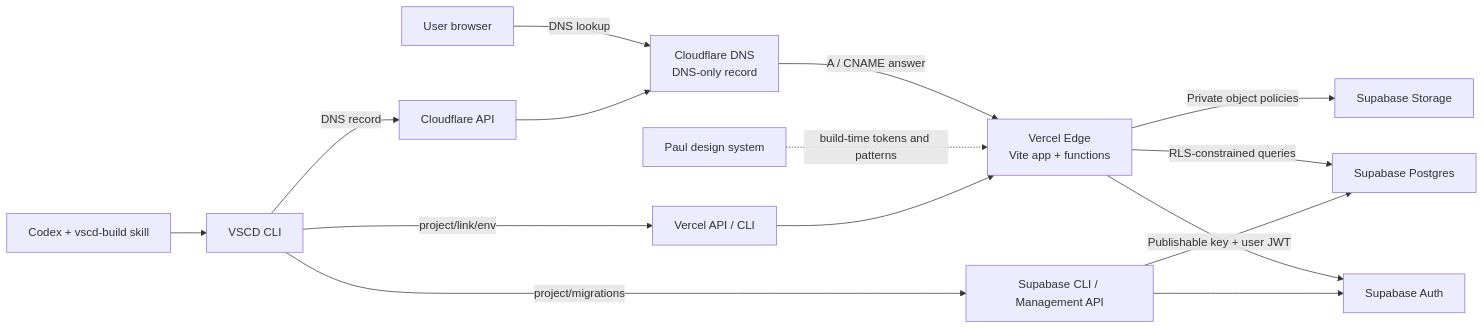
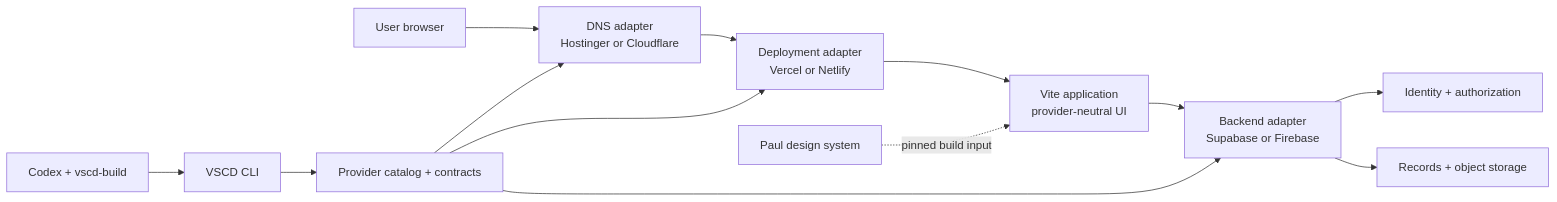
Before and after one commit to moriatz-labs/ribbon: the first of 2 diagrams in docs/architecture.md, drawn with Mermaid. The commit also changed other lines of this file and 59 other files, not shown here.

Commit message:
feat: compose VSCD provider capabilities

````diff
--- a/docs/architecture.md
+++ b/docs/architecture.md
@@ -11,18 +11,16 @@
 ```mermaid
 flowchart LR
-    U["User browser"] -->|"DNS lookup"| CF["Cloudflare DNS\nDNS-only record"]
-    CF -->|"A / CNAME answer"| VE["Vercel Edge\nVite app + functions"]
-    VE -->|"Publishable key + user JWT"| SA["Supabase Auth"]
-    VE -->|"RLS-constrained queries"| DB["Supabase Postgres"]
-    VE -->|"Private object policies"| ST["Supabase Storage"]
+    U["User browser"] --> DNS["DNS adapter\nHostinger or Cloudflare"]
+    DNS --> DEP["Deployment adapter\nVercel or Netlify"]
+    DEP --> APP["Vite application\nprovider-neutral UI"]
+    APP --> BE["Backend adapter\nSupabase or Firebase"]
+    BE --> AUTH["Identity + authorization"]
+    BE --> DATA["Records + object storage"]
 
-    DS["Paul design system"] -. "build-time tokens and patterns" .-> VE
-    CDX["Codex + vscd-build skill"] --> CLI["VSCD CLI"]
-    CLI -->|"project/link/env"| VA["Vercel API / CLI"]
-    CLI -->|"project/migrations"| SMA["Supabase CLI / Management API"]
-    CLI -->|"DNS record"| CFA["Cloudflare API"]
-    VA --> VE
-    SMA --> SA
-    SMA --> DB
-    CFA --> CF
+    DS["Paul design system"] -. "pinned build input" .-> APP
+    CDX["Codex + vscd-build"] --> CLI["VSCD CLI"]
+    CLI --> CATALOG["Provider catalog + contracts"]
+    CATALOG --> DNS
+    CATALOG --> DEP
+    CATALOG --> BE
 ```
````
